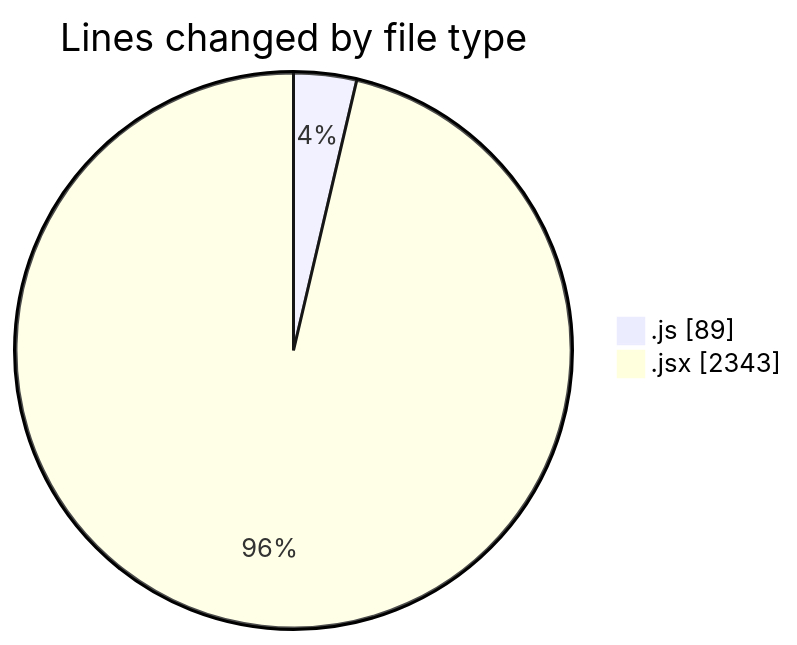
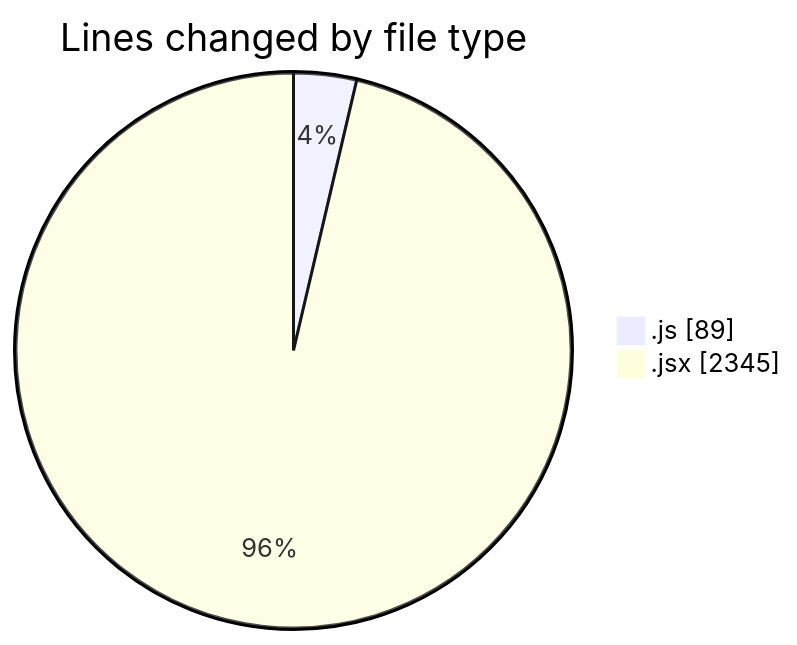
Before and after one commit to nxtqubesakshisongat/code-tracking: the first of 2 diagrams in 2025-05-03/nxtqube_webapp/README.md, drawn with Mermaid. The commit also changed other lines of this file and 1 other file, not shown here.

````diff
--- a/2025-05-03/nxtqube_webapp/README.md
+++ b/2025-05-03/nxtqube_webapp/README.md
@@ -23,6 +23,6 @@
 ```mermaid
 pie showData
 title Lines changed by file type
 ".js" : 89
-".jsx" : 2343
+".jsx" : 2345
 ```
````
